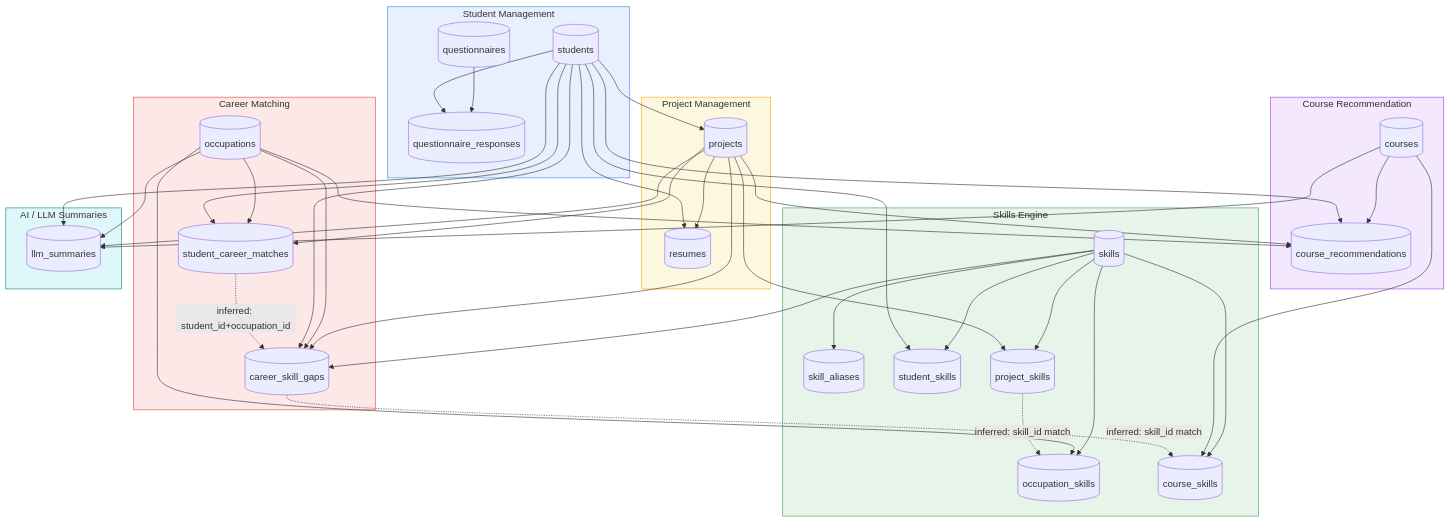
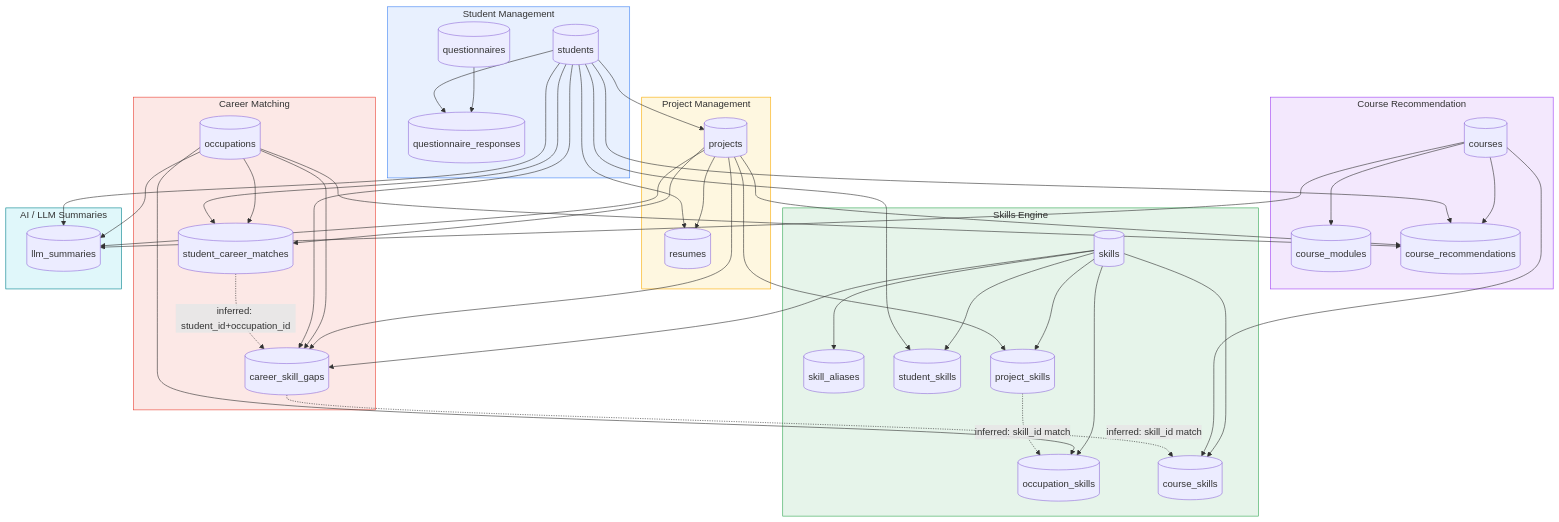
One commit to misterpk-18/career-tours changed the second of 2 diagrams in docs/database_relationship_documentation.md. Above: the diagram before and after it, drawn with Mermaid. The commit also changed other lines of this file and 48 other files, not shown here.

```diff
--- a/docs/database_relationship_documentation.md
+++ b/docs/database_relationship_documentation.md
@@ -544,6 +552,7 @@
 
     subgraph CR["Course Recommendation"]
         CRS[(courses)]
+        CMOD[(course_modules)]
         CREC[(course_recommendations)]
     end
 
@@ -579,6 +588,7 @@
 
     CSG -. "inferred: skill_id match" .-> CSKILL
     CRS --> CSKILL
+    CRS --> CMOD
     SKL --> CSKILL
 
     STUDENTS --> CREC
```
